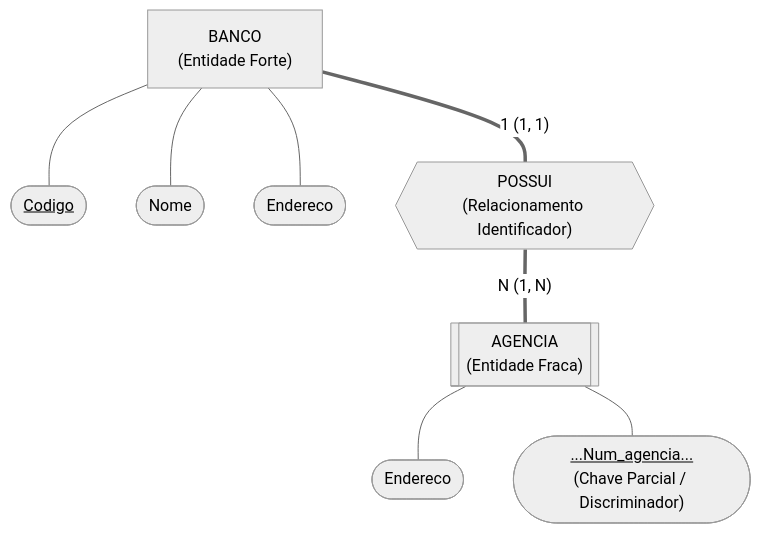
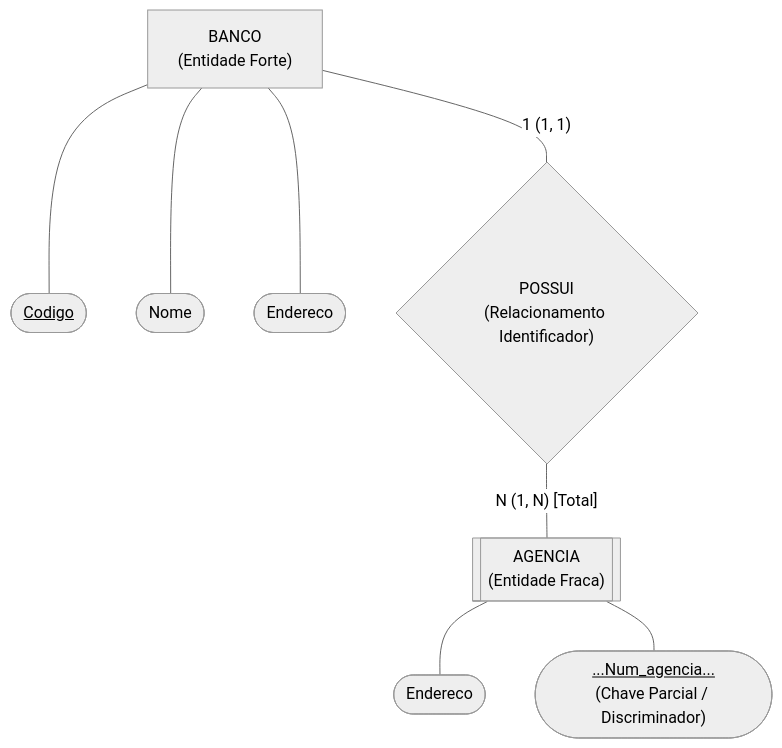
One commit to leorruas/puc changed the first of 4 diagrams in 02. Modelagem de Dados/07. Modelo de entidades e relacionamentos estendido.md. Above: the diagram before and after it, drawn with Mermaid (neutral theme). The commit also changed 1 other file, not shown here.

Commit message:
fix(mermaid): correct edge syntax from invalid ===| to valid ---| with label and fix double-bracket/hexagon syntax

````diff
--- a/02. Modelagem de Dados/07. Modelo de entidades e relacionamentos estendido.md
+++ b/02. Modelagem de Dados/07. Modelo de entidades e relacionamentos estendido.md
@@ -63,20 +63,20 @@
 ```mermaid
 flowchart TD
     Banco["BANCO<br>(Entidade Forte)"]
     CodBanco(["<u>Codigo</u>"])
     NomeBanco(["Nome"])
     EndBanco(["Endereco"])
 
     Banco --- CodBanco
     Banco --- NomeBanco
     Banco --- EndBanco
 
-    Banco ===|"1 (1, 1)"| RelPossui{{"POSSUI<br>(Relacionamento Identificador)"}}
-    RelPossui ===|"N (1, N)"| Agencia[["AGENCIA<br>(Entidade Fraca)"]]
+    Banco ---|"1 (1, 1)"| RelPossui{"POSSUI<br>(Relacionamento Identificador)"}
+    RelPossui ---|"N (1, N) [Total]"| Agencia[["AGENCIA<br>(Entidade Fraca)"]]
 
     EndAgencia(["Endereco"])
     NumAgencia(["<u>...Num_agencia...</u><br>(Chave Parcial / Discriminador)"])
 
     Agencia --- EndAgencia
     Agencia --- NumAgencia
 ```
````
